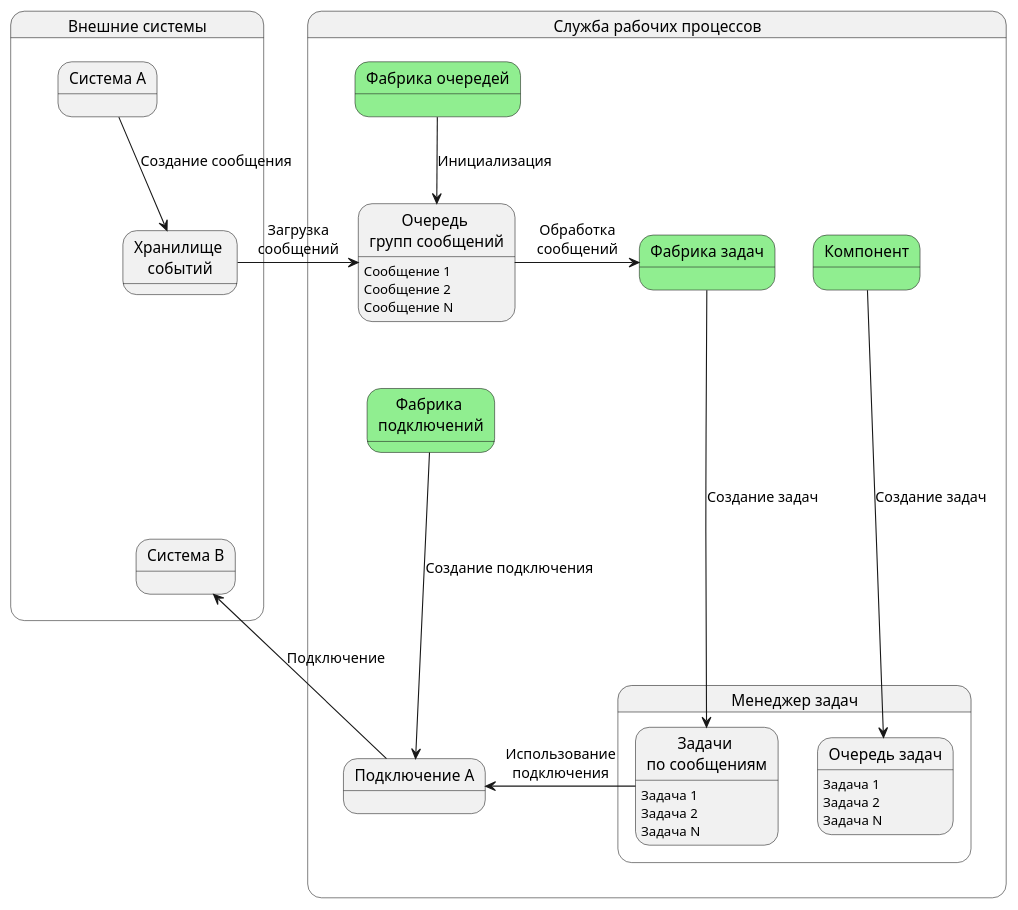
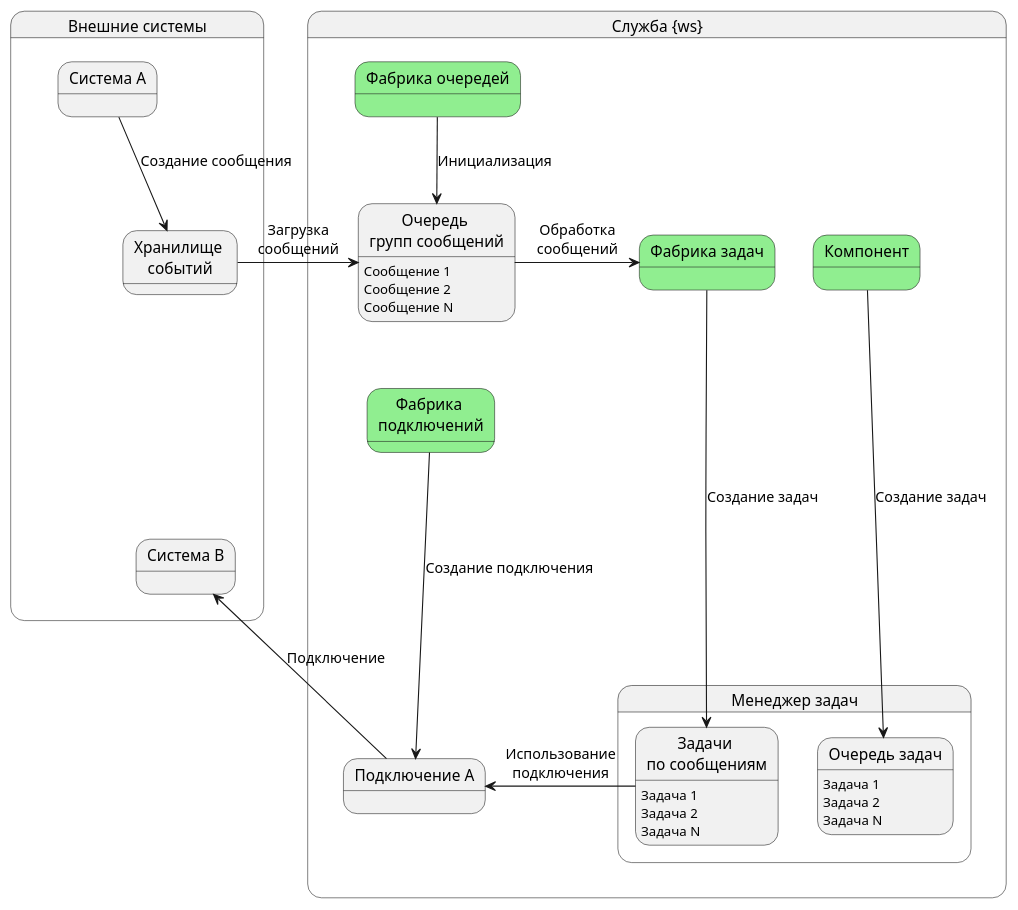
Before and after one commit to Docsvision/antora-worker-service: the diagram in modules/extensions/pages/messageHandling.adoc, drawn with PlantUML. The commit also changed other lines of this file and 15 other files, not shown here.

```diff
--- a/modules/extensions/pages/messageHandling.adoc
+++ b/modules/extensions/pages/messageHandling.adoc
@@ -6,57 +6,57 @@
 [plantuml, svg]
 ....
 @startuml
 '!pragma layout elk
 skinparam rectangleBorderThickness 1
 skinparam defaultTextAlignment center
 skinparam lifelineStrategy solid
 
 State "Внешние системы" as ext {
 
 State "Система A" as sysA
 State "Хранилище \nсобытий" as store
 State "Система B" as sysB
 
 }
 
-State "Служба рабочих процессов" as serv {
+State "Служба {ws}" as serv {
 
 State "Фабрика очередей" as queuesFactory #lightgreen
 State "Очередь \nгрупп сообщений" as msgGroupQueue
 msgGroupQueue : Сообщение 1 \nСообщение 2 \nСообщение N
 
 State "Фабрика задач" as tasksFactory #lightgreen
 State "Компонент" as comp #lightgreen
 
 State "Фабрика \nподключений" as connectionsFactory #lightgreen
 State "Подключение A" as conA
 
 State "Менеджер задач" as mngr {
 
 State "Задачи \nпо сообщениям" as msgTasks
 State "Очередь задач" as tasksQueue
 
 }
 
 }
 
 ext -[hidden]> serv
 sysA --> store : Создание сообщения
 store ---[hidden]> sysB
 store -> msgGroupQueue : Загрузка\nсообщений
 msgGroupQueue -u> tasksFactory : Обработка\nсообщений
 msgGroupQueue -[hidden]d-> connectionsFactory
 
 tasksFactory ---> msgTasks : Создание задач
 queuesFactory --> msgGroupQueue : Инициализация
 tasksFactory -[hidden]> comp
 msgTasks : Задача 1\nЗадача 2 \nЗадача N
 tasksQueue : Задача 1\nЗадача 2 \nЗадача N
 comp --> tasksQueue : Создание задач
 
 connectionsFactory ---> conA : Создание подключения
 msgTasks -l> conA : Использование\nподключения
 
 conA -> sysB : Подключение
 @enduml
 ....
```
